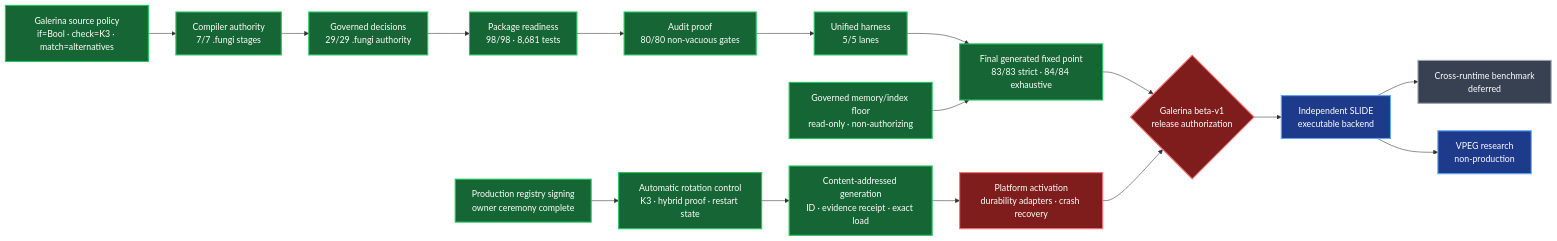
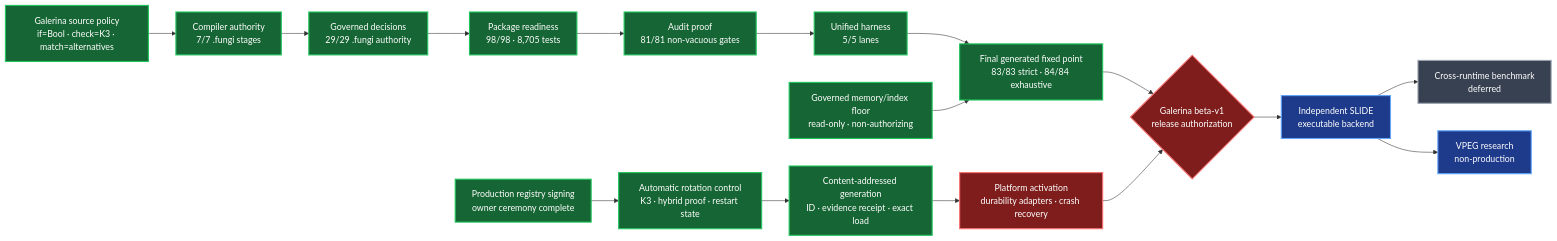
One commit to TritHypha/Deveolpment-runtime-fungi-gate changed the diagram in docs/reports/zero-trust-tooling-refactor-completion-2026-07-29.md. Above: the diagram before and after it, drawn with Mermaid. The commit also changed other lines of this file and 24 other files, not shown here.

````diff
--- a/docs/reports/zero-trust-tooling-refactor-completion-2026-07-29.md
+++ b/docs/reports/zero-trust-tooling-refactor-completion-2026-07-29.md
@@ -39,30 +39,30 @@
 ```mermaid
 flowchart LR
     S["Galerina source policy<br/>if=Bool · check=K3 · match=alternatives"]:::green
     C["Compiler authority<br/>7/7 .fungi stages"]:::green
     K["Governed decisions<br/>29/29 .fungi authority"]:::green
-    P["Package readiness<br/>98/98 · 8,681 tests"]:::green
-    A["Audit proof<br/>80/80 non-vacuous gates"]:::green
+    P["Package readiness<br/>98/98 · 8,705 tests"]:::green
+    A["Audit proof<br/>81/81 non-vacuous gates"]:::green
     U["Unified harness<br/>5/5 lanes"]:::green
     X["Final generated fixed point<br/>83/83 strict · 84/84 exhaustive"]:::green
     M["Governed memory/index floor<br/>read-only · non-authorizing"]:::green
     R["Production registry signing<br/>owner ceremony complete"]:::green
     ROT["Automatic rotation control<br/>K3 · hybrid proof · restart state"]:::green
     GEN["Content-addressed generation<br/>ID · evidence receipt · exact load"]:::green
     ACT["Platform activation<br/>durability adapters · crash recovery"]:::red
     B{"Galerina beta-v1<br/>release authorization"}:::red
     L["Independent SLIDE<br/>executable backend"]:::blue
     V["VPEG research<br/>non-production"]:::blue
     Q["Cross-runtime benchmark<br/>deferred"]:::grey
 
     S --> C --> K --> P --> A --> U --> X --> B
     M --> X
     R --> ROT --> GEN --> ACT --> B
     B --> L --> Q
     L --> V
 
     classDef green fill:#166534,color:#fff,stroke:#22c55e,stroke-width:2px;
     classDef red fill:#7f1d1d,color:#fff,stroke:#f87171,stroke-width:2px;
     classDef blue fill:#1e3a8a,color:#fff,stroke:#60a5fa,stroke-width:2px;
     classDef grey fill:#374151,color:#fff,stroke:#9ca3af,stroke-width:2px;
 ```
````
